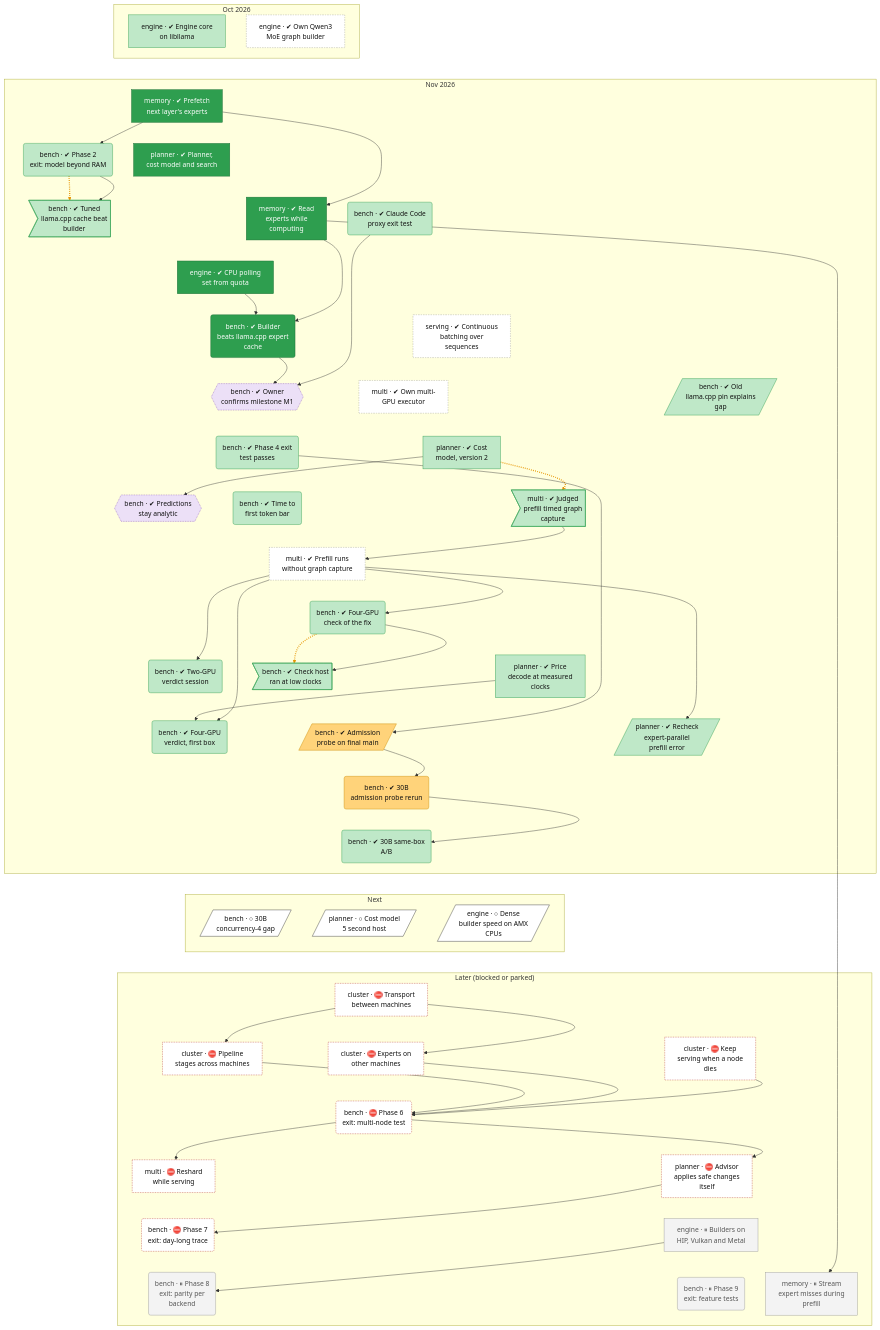
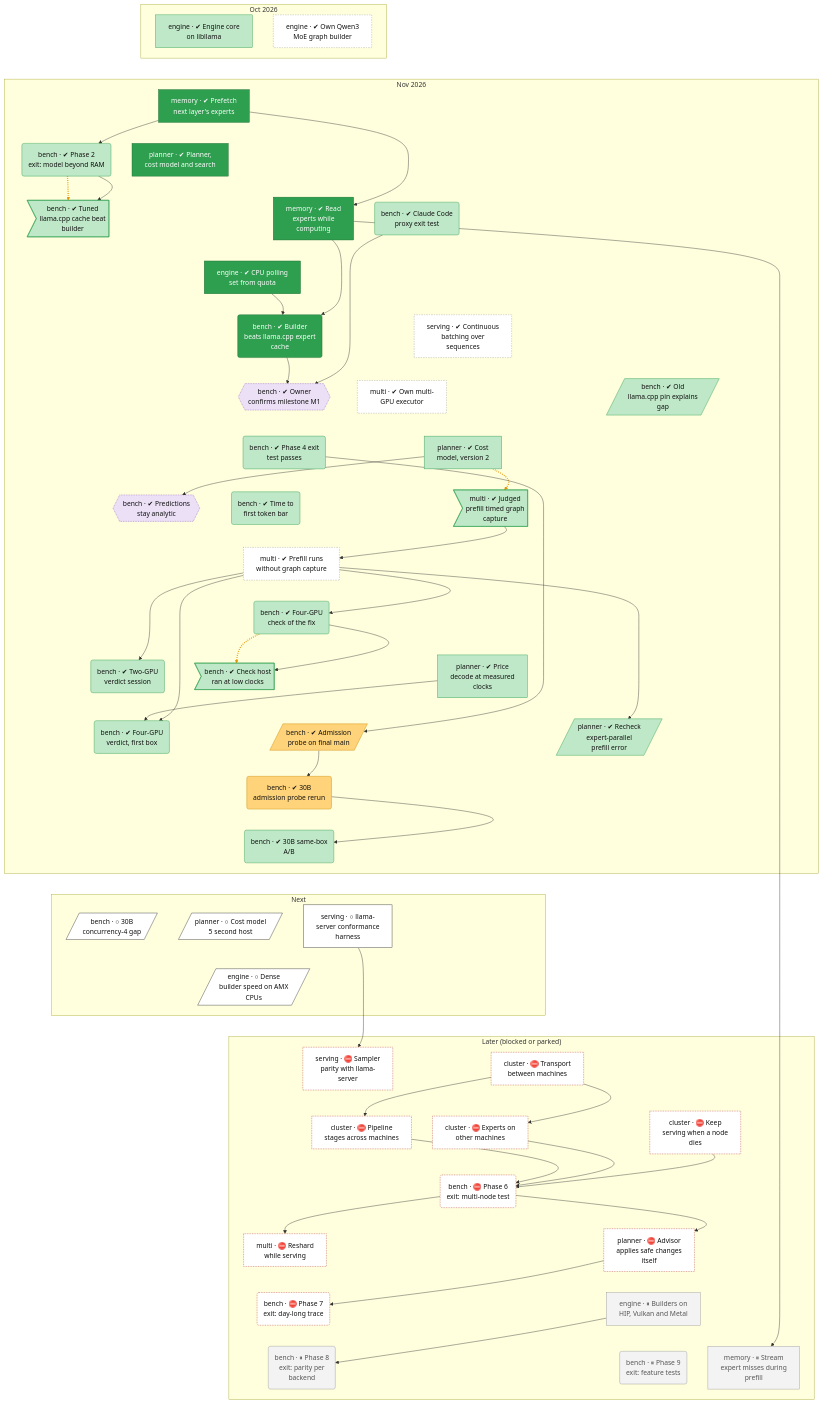
The second of 2 diagrams in docs/roadmap.md (lhns/tetraeder), drawn with Mermaid before and after one commit. The commit also changed other lines of this file and 7 other files, not shown here.

Commit message:
Parity gap matrix (docs/notes/llamacpp-parity.md, verified at the pin) and tree nodes serving-parity-* (harness next); links from README, features and ADR 0083 (not measured)

````diff
--- a/docs/roadmap.md
+++ b/docs/roadmap.md
@@ -137,9 +137,11 @@
     subgraph bd_2["Next"]
         bench_30b_c4_gap[/"bench · ○ 30B<br/>concurrency-4 gap"/]
         planner_cost_model_v5_host2[/"planner · ○ Cost model<br/>5 second host"/]
+        serving_parity_harness["serving · ○ llama-<br/>server conformance<br/>harness"]
         engine_dense_amx[/"engine · ○ Dense<br/>builder speed on AMX<br/>CPUs"/]
     end
     subgraph bd_3["Later (blocked or parked)"]
+        serving_parity_sampling["serving · ⛔ Sampler<br/>parity with llama-<br/>server"]
         cluster_transport["cluster · ⛔ Transport<br/>between machines"]
         cluster_pipeline_nodes["cluster · ⛔ Pipeline<br/>stages across machines"]
         cluster_experts_nodes["cluster · ⛔ Experts on<br/>other machines"]
@@ -190,11 +192,13 @@
     bench_d2a_30b ~~~ bench_ab30b
     bench_ab30b ~~~ bench_30b_c4_gap
     bench_ab30b ~~~ planner_cost_model_v5_host2
-    bench_ab30b ~~~ engine_dense_amx
-    bench_30b_c4_gap ~~~ cluster_transport
-    planner_cost_model_v5_host2 ~~~ cluster_transport
+    bench_ab30b ~~~ serving_parity_harness
+    bench_30b_c4_gap ~~~ engine_dense_amx
+    planner_cost_model_v5_host2 ~~~ engine_dense_amx
+    serving_parity_harness ~~~ engine_dense_amx
+    engine_dense_amx ~~~ serving_parity_sampling
     engine_dense_amx ~~~ cluster_transport
-    cluster_transport ~~~ cluster_pipeline_nodes
+    serving_parity_sampling ~~~ cluster_pipeline_nodes
     cluster_transport ~~~ cluster_experts_nodes
     cluster_transport ~~~ cluster_failover
     cluster_pipeline_nodes ~~~ bench_phase6_exit
@@ -228,6 +232,7 @@
     multi_prefill_no_capture --> planner_ep_prefill_recheck
     bench_d2a_probe --> bench_d2a_30b
     bench_d2a_30b --> bench_ab30b
+    serving_parity_harness --> serving_parity_sampling
     cluster_transport --> cluster_pipeline_nodes
     cluster_transport --> cluster_experts_nodes
     cluster_pipeline_nodes --> bench_phase6_exit
@@ -238,7 +243,7 @@
     planner_advisor_auto --> bench_phase7_exit
     engine_backend_parity --> bench_phase8_exit
     memory_io_service --> memory_prefill_misses
-    linkStyle 55,62,66 stroke:#e69500,stroke-width:3px,stroke-dasharray:2 3
+    linkStyle 57,64,68 stroke:#e69500,stroke-width:3px,stroke-dasharray:2 3
     classDef vsucc fill:#2e9e4f,stroke:#1b6b34,color:#fff
     classDef succ fill:#bfe8c8,stroke:#2e9e4f,color:#111
     classDef mixed fill:#ffd37a,stroke:#c98a00,color:#111
@@ -258,7 +263,7 @@
     class engine_cpu_poll,memory_prefetch,memory_io_service,planner_core,bench_m1_point1 vsucc
     class bench_owner_m1,bench_owner_analytic decided
     class bench_d2a_probe,bench_d2a_30b mixed
-    class bench_30b_c4_gap,planner_cost_model_v5_host2,engine_dense_amx next
-    class cluster_transport,cluster_pipeline_nodes,cluster_experts_nodes,cluster_failover,bench_phase6_exit,multi_live_reshard,planner_advisor_auto,bench_phase7_exit blocked
+    class bench_30b_c4_gap,planner_cost_model_v5_host2,serving_parity_harness,engine_dense_amx next
+    class serving_parity_sampling,cluster_transport,cluster_pipeline_nodes,cluster_experts_nodes,cluster_failover,bench_phase6_exit,multi_live_reshard,planner_advisor_auto,bench_phase7_exit blocked
     class engine_backend_parity,bench_phase8_exit,bench_phase9_exit,memory_prefill_misses parked
 ```
````
